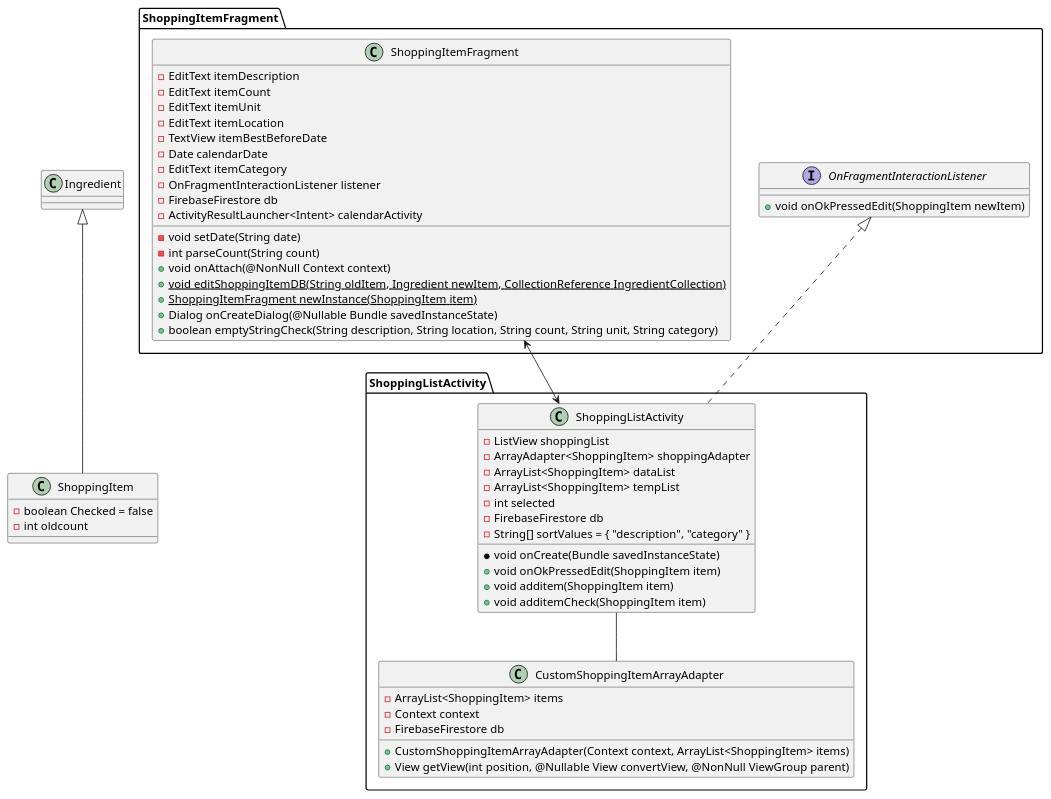
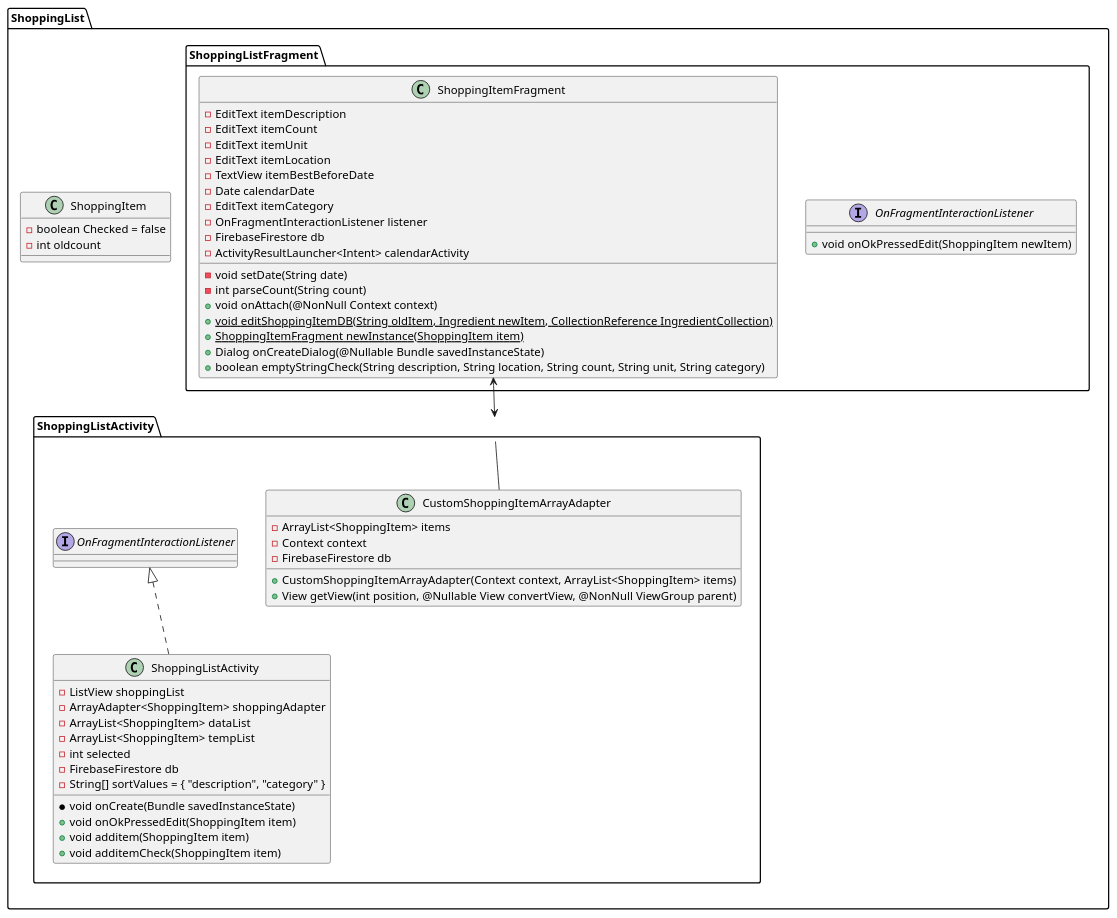
Before and after one commit to CMPUT301F22T31/FoodCart: the diagram in doc/source/ShoppingUML.puml, drawn with PlantUML. The commit also changed 4 other files, not shown here.

Commit message:
UML package overhaul

```diff
--- a/doc/source/ShoppingUML.puml
+++ b/doc/source/ShoppingUML.puml
@@ -1,66 +1,71 @@
 @startuml
 'https://plantuml.com/class-diagram
 
-class ShoppingItem extends Ingredient
+package ShoppingList
 {
-    -boolean Checked = false
-    -int oldcount
-}
-class ShoppingListActivity.CustomShoppingItemArrayAdapter
-{
-    -ArrayList<ShoppingItem> items
-    -Context context
-    -FirebaseFirestore db
+    class ShoppingItem
+    {
+        -boolean Checked = false
+        -int oldcount
+    }
+    package ShoppingListFragment
+    {
+        interface OnFragmentInteractionListener
+        {
+            +void onOkPressedEdit(ShoppingItem newItem)
+        }
+        class ShoppingItemFragment
+        {
+            -EditText itemDescription
+            -EditText itemCount
+            -EditText itemUnit
+            -EditText itemLocation
+            -TextView itemBestBeforeDate
+            -Date calendarDate
+            -EditText itemCategory
+            -OnFragmentInteractionListener listener
+            -FirebaseFirestore db
+            -ActivityResultLauncher<Intent> calendarActivity
 
-    +CustomShoppingItemArrayAdapter(Context context, ArrayList<ShoppingItem> items)
-    +View getView(int position, @Nullable View convertView, @NonNull ViewGroup parent)
+            -void setDate(String date)
+            -int parseCount(String count)
+            +void onAttach(@NonNull Context context)
+            +{static}void editShoppingItemDB(String oldItem, Ingredient newItem, CollectionReference IngredientCollection)
+            +{static} ShoppingItemFragment newInstance(ShoppingItem item)
+            +Dialog onCreateDialog(@Nullable Bundle savedInstanceState)
+            +boolean emptyStringCheck(String description, String location, String count, String unit, String category)
+
+        }
+    }
+    package ShoppingListActivity
+    {
+        class CustomShoppingItemArrayAdapter
+        {
+            -ArrayList<ShoppingItem> items
+            -Context context
+            -FirebaseFirestore db
+
+            +CustomShoppingItemArrayAdapter(Context context, ArrayList<ShoppingItem> items)
+            +View getView(int position, @Nullable View convertView, @NonNull ViewGroup parent)
+        }
+        class ShoppingListActivity implements OnFragmentInteractionListener
+        {
+                -ListView shoppingList
+                -ArrayAdapter<ShoppingItem> shoppingAdapter
+                -ArrayList<ShoppingItem> dataList
+                -ArrayList<ShoppingItem> tempList
+                -int selected
+                -FirebaseFirestore db
+                -String[] sortValues = { "description", "category" }
+
+                *void onCreate(Bundle savedInstanceState)
+                +void onOkPressedEdit(ShoppingItem item)
+                +void additem(ShoppingItem item)
+                +void additemCheck(ShoppingItem item)
+        }
+    }
+    ShoppingListActivity -- CustomShoppingItemArrayAdapter
+    ShoppingItemFragment <--> ShoppingListActivity
 }
 
-class ShoppingListActivity.ShoppingListActivity implements ShoppingItemFragment.OnFragmentInteractionListener
-{
-        -ListView shoppingList
-        -ArrayAdapter<ShoppingItem> shoppingAdapter
-        -ArrayList<ShoppingItem> dataList
-        -ArrayList<ShoppingItem> tempList
-        -int selected
-        -FirebaseFirestore db
-        -String[] sortValues = { "description", "category" }
-
-        *void onCreate(Bundle savedInstanceState)
-        +void onOkPressedEdit(ShoppingItem item)
-        +void additem(ShoppingItem item)
-        +void additemCheck(ShoppingItem item)
-}
-
-interface ShoppingItemFragment.OnFragmentInteractionListener
-{
-    +void onOkPressedEdit(ShoppingItem newItem)
-}
-
-class ShoppingItemFragment.ShoppingItemFragment
-{
-    -EditText itemDescription
-    -EditText itemCount
-    -EditText itemUnit
-    -EditText itemLocation
-    -TextView itemBestBeforeDate
-    -Date calendarDate
-    -EditText itemCategory
-    -OnFragmentInteractionListener listener
-    -FirebaseFirestore db
-    -ActivityResultLauncher<Intent> calendarActivity
-
-    -void setDate(String date)
-    -int parseCount(String count)
-    +void onAttach(@NonNull Context context)
-    +{static}void editShoppingItemDB(String oldItem, Ingredient newItem, CollectionReference IngredientCollection)
-    +{static} ShoppingItemFragment newInstance(ShoppingItem item)
-    +Dialog onCreateDialog(@Nullable Bundle savedInstanceState)
-    +boolean emptyStringCheck(String description, String location, String count, String unit, String category)
-
-}
-
-ShoppingListActivity.ShoppingListActivity -- ShoppingListActivity.CustomShoppingItemArrayAdapter
-ShoppingItemFragment.ShoppingItemFragment <--> ShoppingListActivity.ShoppingListActivity
-
 @enduml
```
